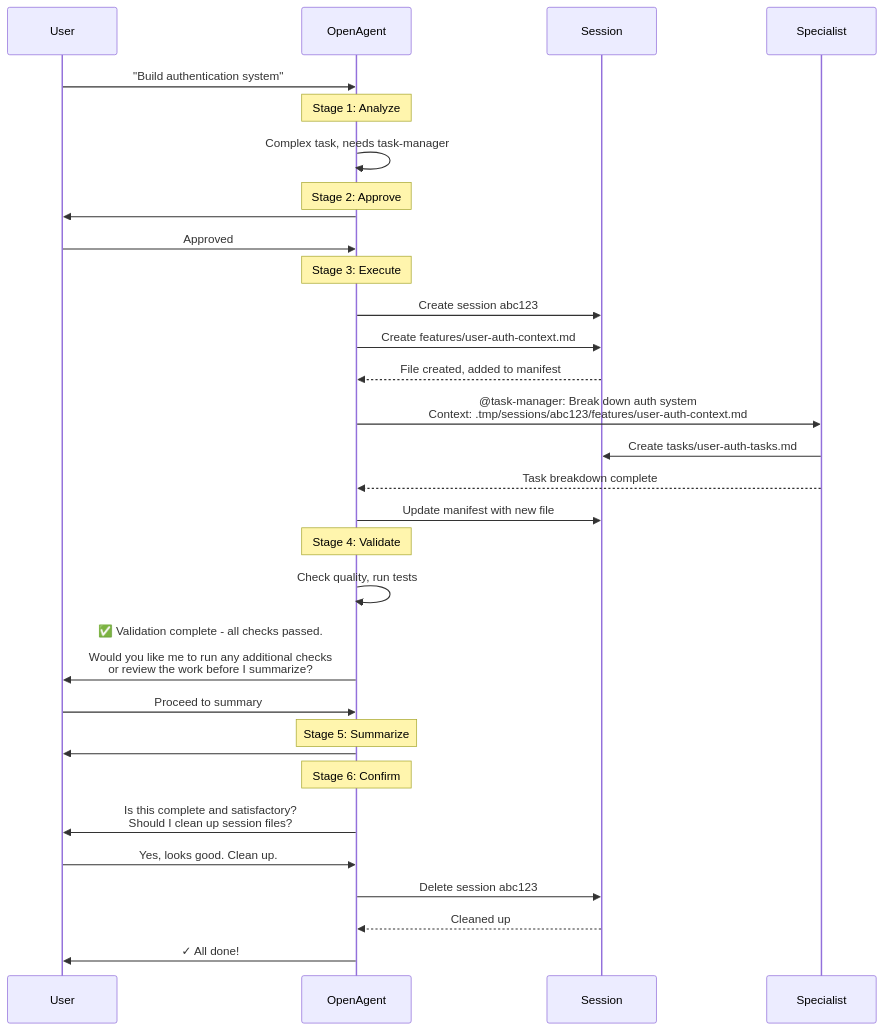
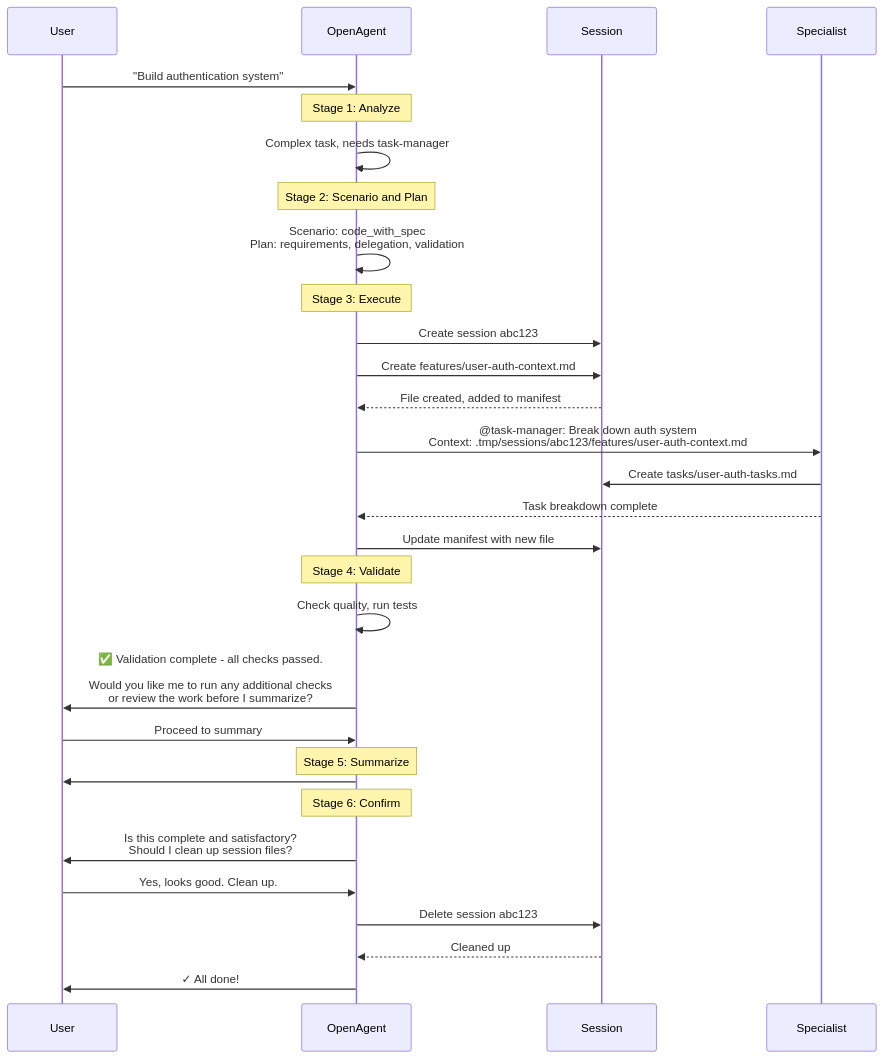
Before and after one commit to kalihat007/OpenAgentsControl: diagram 15 of 17 in docs/agents/openagent.md, drawn with Mermaid. The commit also changed other lines of this file and 23 other files, not shown here.

Commit message:
Make OpenAgent default to Quest Experts mode

````diff
--- a/docs/agents/openagent.md
+++ b/docs/agents/openagent.md
@@ -823,42 +826,41 @@
 ```mermaid
 sequenceDiagram
     participant User
     participant OpenAgent
     participant Session
     participant Specialist
     
     User->>OpenAgent: "Build authentication system"
     
     Note over OpenAgent: Stage 1: Analyze
     OpenAgent->>OpenAgent: Complex task, needs task-manager
     
-    Note over OpenAgent: Stage 2: Approve
-    OpenAgent->>User: ## Proposed Plan<br/>1. Create requirements<br/>2. Delegate to task-manager<br/>3. Review breakdown<br/><br/>**Approval needed**
-    User->>OpenAgent: Approved
+    Note over OpenAgent: Stage 2: Scenario and Plan
+    OpenAgent->>OpenAgent: Scenario: code_with_spec<br/>Plan: requirements, delegation, validation
     
     Note over OpenAgent: Stage 3: Execute
     OpenAgent->>Session: Create session abc123
     OpenAgent->>Session: Create features/user-auth-context.md
     Session-->>OpenAgent: File created, added to manifest
     
     OpenAgent->>Specialist: @task-manager: Break down auth system<br/>Context: .tmp/sessions/abc123/features/user-auth-context.md
     Specialist->>Session: Create tasks/user-auth-tasks.md
     Specialist-->>OpenAgent: Task breakdown complete
     
     OpenAgent->>Session: Update manifest with new file
     
     Note over OpenAgent: Stage 4: Validate
     OpenAgent->>OpenAgent: Check quality, run tests
     OpenAgent->>User: ✅ Validation complete - all checks passed.<br/><br/>Would you like me to run any additional checks<br/>or review the work before I summarize?
     User->>OpenAgent: Proceed to summary
     
     Note over OpenAgent: Stage 5: Summarize
     OpenAgent->>User: ## Summary<br/>Created task breakdown with 5 subtasks<br/><br/>**Changes:**<br/>- Created context file<br/>- Created task breakdown
     
     Note over OpenAgent: Stage 6: Confirm
     OpenAgent->>User: Is this complete and satisfactory?<br/>Should I clean up session files?
     User->>OpenAgent: Yes, looks good. Clean up.
     OpenAgent->>Session: Delete session abc123
     Session-->>OpenAgent: Cleaned up
     OpenAgent->>User: ✓ All done!
 ```
````
